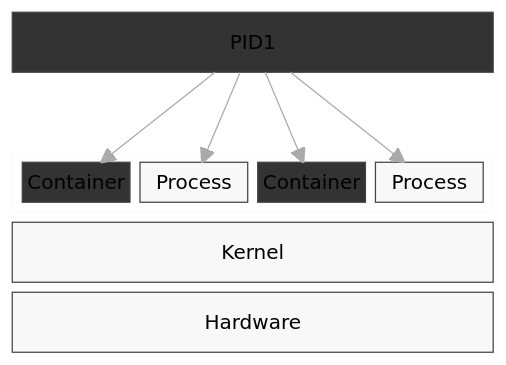
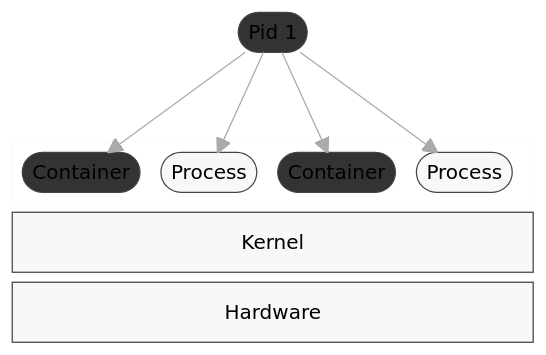
One commit to veldrane/slides-template-k8s changed the first of 2 diagrams in courses/slides.md. Above: the diagram before and after it, drawn with Mermaid. The commit also changed other lines of this file and 7 other files, not shown here.

````diff
--- a/courses/slides.md
+++ b/courses/slides.md
@@ -42,32 +42,32 @@
 ```mermaid { scale: 0.8 }
 %%{init: {
   "theme": "base",
   "themeVariables": {
     "background": "#121212",
     "primaryColor": "#f8f8f8",
     "primaryBorderColor": "#444",
     "lineColor": "#aaa",
     "fontFamily": "monospace"
   }
 }}%%
 
 block-beta
 columns 1
-  PID1
+  PID1(["Pid 1"])
   space
   block:ID
-    A["Container"]
-    B["Process"]
-    C["Container"]
-    D["Process"]
+    A(["Container"])
+    B(["Process"])
+    C(["Container"])
+    D(["Process"])
   end
   Kernel
   Hardware
   PID1-->A
   PID1-->B
   PID1-->C
   PID1-->D
   style PID1 fill: var(--color-accent-soft)
   style A fill: var(--color-accent)
   style C fill: var(--color-accent)
 ```
````
